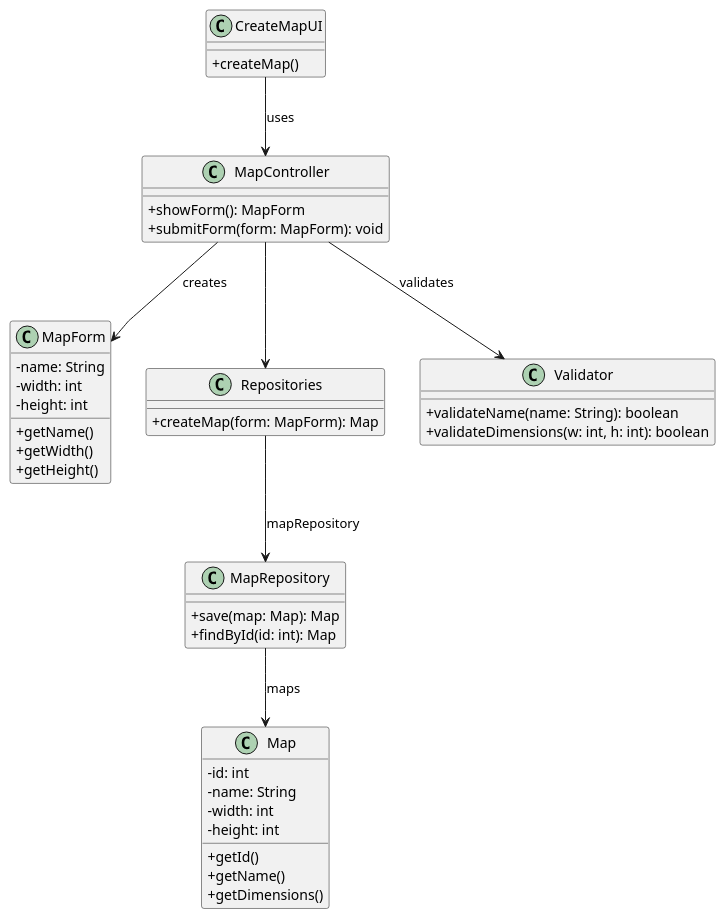
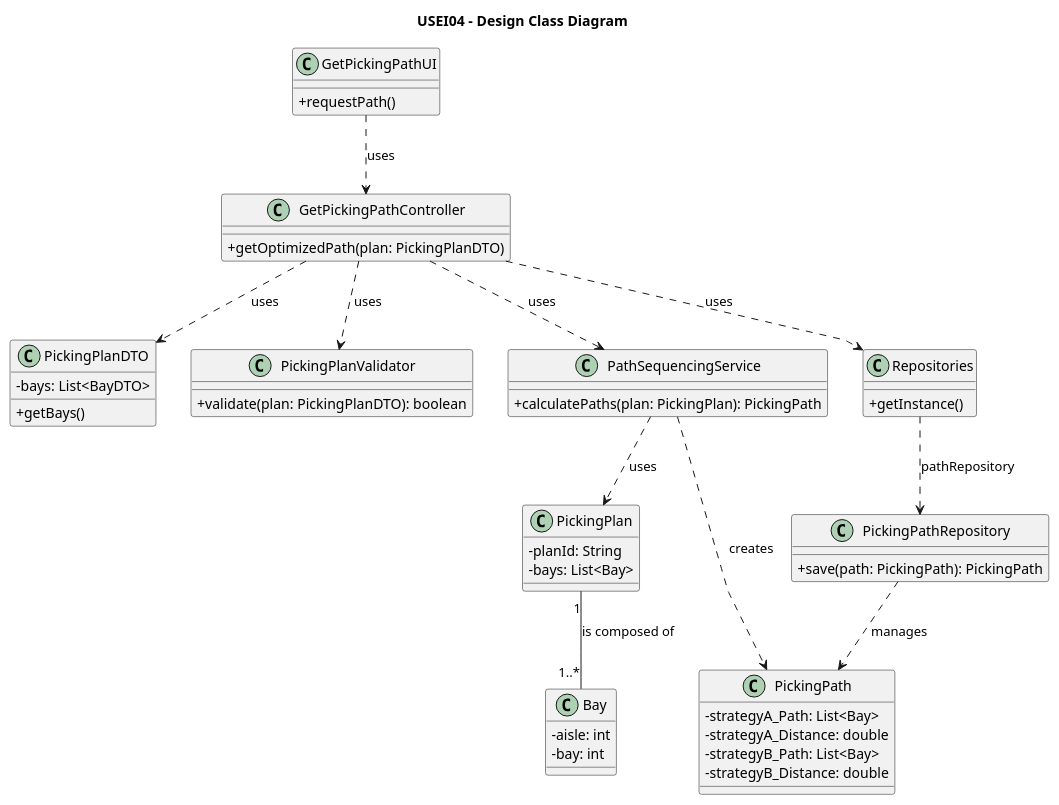
The diagram in src/SPRINT1/ESINF/USEI04/03.design/puml/US001-CD.puml (Departamento-de-Engenharia-Informatica/sem3-pi-25-26-g023-repo), drawn with PlantUML before and after one commit. The commit also changed 1 other file, not shown here.

Commit message:
add design cd and sd

```diff
--- a/src/SPRINT1/ESINF/USEI04/03.design/puml/US001-CD.puml
+++ b/src/SPRINT1/ESINF/USEI04/03.design/puml/US001-CD.puml
@@ -1,61 +1,72 @@
 @startuml
+
+title USEI04 - Design Class Diagram
 
 skinparam packageStyle rectangle
 skinparam shadowing false
 skinparam linetype polyline
-
-
 skinparam classAttributeIconSize 0
 
-
-
-class CreateMapUI {
-  +createMap()
+class GetPickingPathUI {
+  + requestPath()
 }
 
-class MapForm {
-  -name: String
-  -width: int
-  -height: int
-  +getName()
-  +getWidth()
-  +getHeight()
+class GetPickingPathController {
+  + getOptimizedPath(plan: PickingPlanDTO)
 }
 
-class Map {
-  -id: int
-  -name: String
-  -width: int
-  -height: int
-  +getId()
-  +getName()
-  +getDimensions()
+class PickingPlanDTO {
+  - bays: List<BayDTO>
+  + getBays()
 }
 
-class MapController {
-  +showForm(): MapForm
-  +submitForm(form: MapForm): void
+class PickingPlanValidator {
+  + validate(plan: PickingPlanDTO): boolean
+}
+
+class PathSequencingService {
+  + calculatePaths(plan: PickingPlan): PickingPath
+}
+
+class PickingPlan {
+  - planId: String
+  - bays: List<Bay>
+}
+
+class Bay {
+    - aisle: int
+    - bay: int
+}
+
+class PickingPath {
+  - strategyA_Path: List<Bay>
+  - strategyA_Distance: double
+  - strategyB_Path: List<Bay>
+  - strategyB_Distance: double
 }
 
 class Repositories {
-  +createMap(form: MapForm): Map
+  + getInstance()
 }
 
-class Validator {
-  +validateName(name: String): boolean
-  +validateDimensions(w: int, h: int): boolean
+class PickingPathRepository {
+  + save(path: PickingPath): PickingPath
 }
 
-class MapRepository {
-  +save(map: Map): Map
-  +findById(id: int): Map
-}
 
-CreateMapUI --> MapController : uses
-MapController --> MapForm : creates
-MapController --> Validator : validates
-MapController --> Repositories
-Repositories --> MapRepository : mapRepository
-MapRepository --> Map : maps
+GetPickingPathUI ..> GetPickingPathController : uses
+GetPickingPathController ..> PickingPlanDTO : uses
+GetPickingPathController ..> PickingPlanValidator : uses
+GetPickingPathController ..> PathSequencingService : uses
+GetPickingPathController ..> Repositories : uses
+
+PathSequencingService ..> PickingPlan : uses
+PathSequencingService ..> PickingPath : creates
+
+Repositories ..> PickingPathRepository : "pathRepository"
+
+PickingPathRepository ..> PickingPath : manages
+
+PickingPlan "1" -- "1..*" Bay : is composed of
 
 @enduml
```
